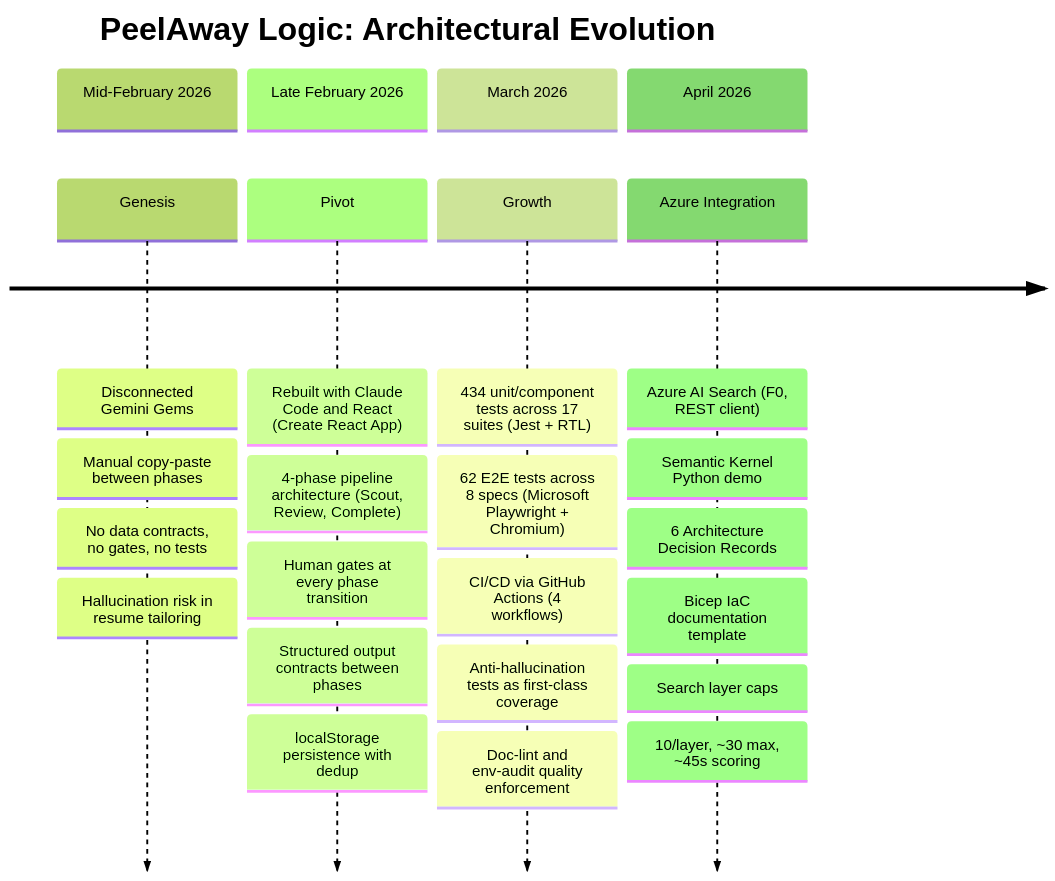
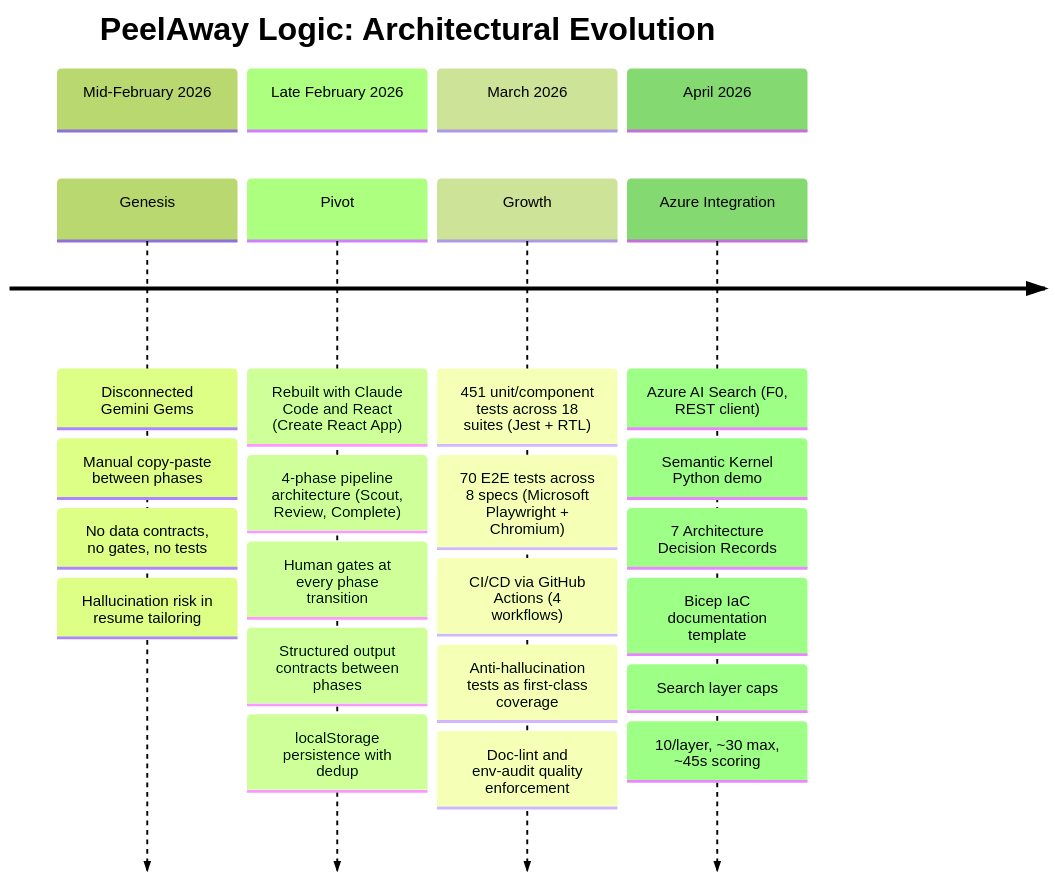
One commit to CarmenReed/AI-Claude-Code-Ecosystem changed the diagram in peelaway-logic/docs/architecture/diagrams/evolution-timeline.mermaid. Above: the diagram before and after it, drawn with Mermaid (forest theme). The commit also changed 9 other files, not shown here.

First line of the commit message:
docs(peelaway-logic): fix architecture audit findings and sync with actual repo

```diff
--- a/peelaway-logic/docs/architecture/diagrams/evolution-timeline.mermaid
+++ b/peelaway-logic/docs/architecture/diagrams/evolution-timeline.mermaid
@@ -1,29 +1,29 @@
 %% PeelAway Logic: Architectural Evolution Timeline
 %% Shows the journey from disconnected Gemini Gems to governed agentic pipeline
 %% Each section represents a meaningful architectural phase, not just a calendar period
 
 timeline
     title PeelAway Logic: Architectural Evolution
     section Mid-February 2026
         Genesis : Disconnected Gemini Gems
                 : Manual copy-paste between phases
                 : No data contracts, no gates, no tests
                 : Hallucination risk in resume tailoring
     section Late February 2026
         Pivot : Rebuilt with Claude Code and React (Create React App)
               : 4-phase pipeline architecture (Scout, Review, Complete)
               : Human gates at every phase transition
               : Structured output contracts between phases
               : localStorage persistence with dedup
     section March 2026
-        Growth : 434 unit/component tests across 17 suites (Jest + RTL)
-               : 62 E2E tests across 8 specs (Microsoft Playwright + Chromium)
+        Growth : 451 unit/component tests across 18 suites (Jest + RTL)
+               : 70 E2E tests across 8 specs (Microsoft Playwright + Chromium)
                : CI/CD via GitHub Actions (4 workflows)
                : Anti-hallucination tests as first-class coverage
                : Doc-lint and env-audit quality enforcement
     section April 2026
         Azure Integration : Azure AI Search (F0, REST client)
                           : Semantic Kernel Python demo
-                          : 6 Architecture Decision Records
+                          : 7 Architecture Decision Records
                           : Bicep IaC documentation template
                           : Search layer caps: 10/layer, ~30 max, ~45s scoring
```
